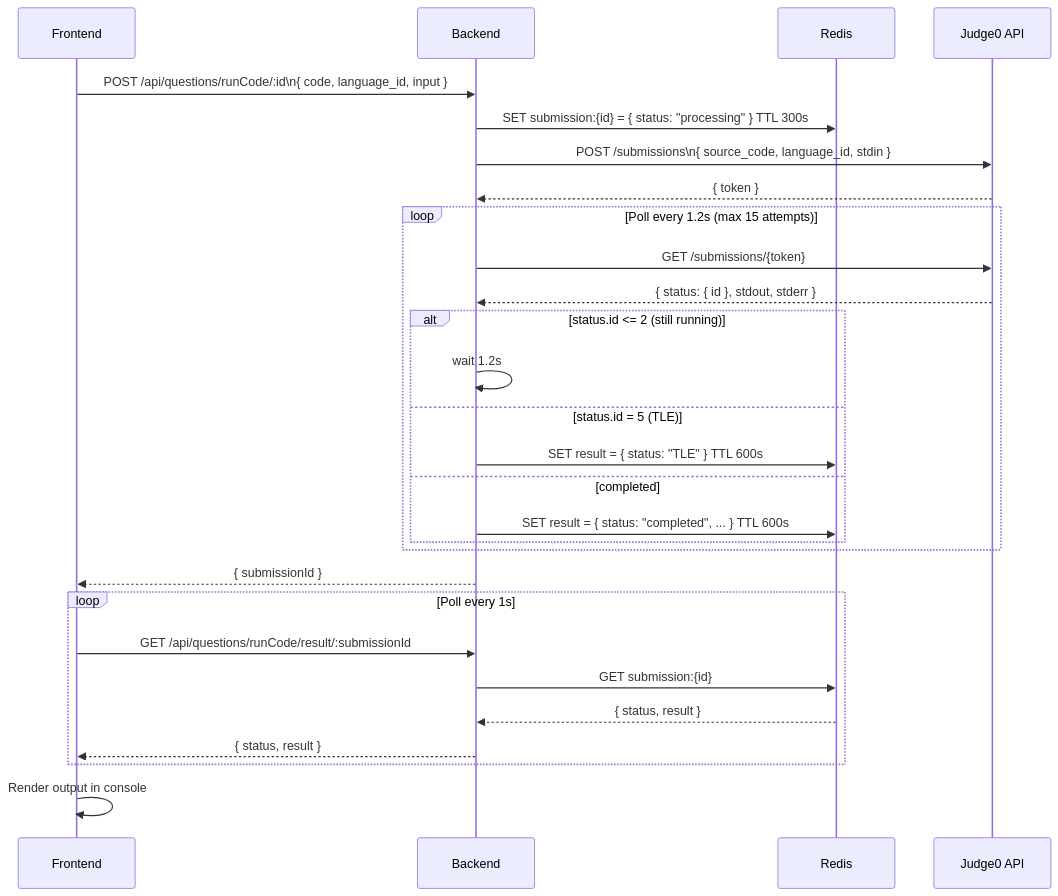
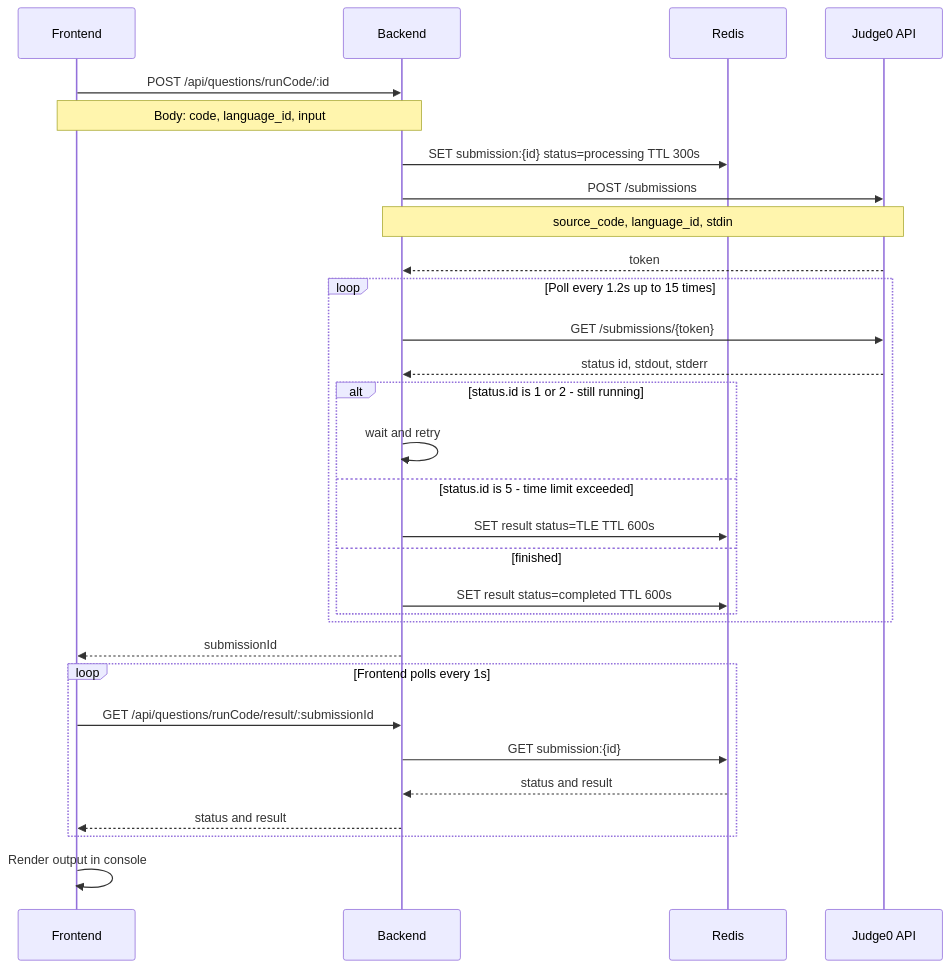
Before and after one commit to yatinsingh2007/VintiCode: the fourth of 6 diagrams in README.md, drawn with Mermaid. The commit also changed other lines of this file, not shown here.

Commit message:
docs: update documentation, diagrams, and flow descriptions in README.md for clarity

````diff
--- a/README.md
+++ b/README.md
@@ -224,35 +226,37 @@
 ```mermaid
 sequenceDiagram
     participant FE as Frontend
     participant BE as Backend
     participant RD as Redis
     participant J0 as Judge0 API
 
-    FE->>BE: POST /api/questions/runCode/:id\n{ code, language_id, input }
-    BE->>RD: SET submission:{id} = { status: "processing" }  TTL 300s
-    BE->>J0: POST /submissions\n{ source_code, language_id, stdin }
-    J0-->>BE: { token }
+    FE->>BE: POST /api/questions/runCode/:id
+    Note over FE,BE: Body: code, language_id, input
+    BE->>RD: SET submission:{id} status=processing TTL 300s
+    BE->>J0: POST /submissions
+    Note over BE,J0: source_code, language_id, stdin
+    J0-->>BE: token
 
-    loop Poll every 1.2s (max 15 attempts)
+    loop Poll every 1.2s up to 15 times
         BE->>J0: GET /submissions/{token}
-        J0-->>BE: { status: { id }, stdout, stderr }
-        alt status.id <= 2 (still running)
-            BE->>BE: wait 1.2s
-        else status.id = 5 (TLE)
-            BE->>RD: SET result = { status: "TLE" }  TTL 600s
-        else completed
-            BE->>RD: SET result = { status: "completed", ... }  TTL 600s
+        J0-->>BE: status id, stdout, stderr
+        alt status.id is 1 or 2 - still running
+            BE->>BE: wait and retry
+        else status.id is 5 - time limit exceeded
+            BE->>RD: SET result status=TLE TTL 600s
+        else finished
+            BE->>RD: SET result status=completed TTL 600s
         end
     end
 
-    BE-->>FE: { submissionId }
+    BE-->>FE: submissionId
 
-    loop Poll every 1s
+    loop Frontend polls every 1s
         FE->>BE: GET /api/questions/runCode/result/:submissionId
         BE->>RD: GET submission:{id}
-        RD-->>BE: { status, result }
-        BE-->>FE: { status, result }
+        RD-->>BE: status and result
+        BE-->>FE: status and result
     end
 
     FE->>FE: Render output in console
 ```
````
